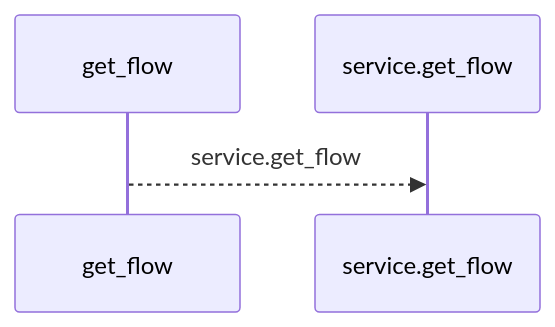
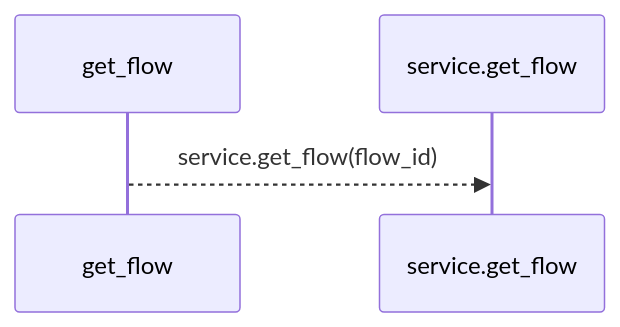
The first of 2 diagrams in docs/llm_wiki/flows/mcp-get_flow.md (Denissvgn/python-wiki-llm), drawn with Mermaid before and after one commit. The commit also changed other lines of this file and 1410 other files, not shown here.

````diff
--- a/docs/llm_wiki/flows/mcp-get_flow.md
+++ b/docs/llm_wiki/flows/mcp-get_flow.md
@@ -10,6 +12,6 @@
 ```mermaid
 sequenceDiagram
     participant p0 as get_flow
     participant p1 as service.get_flow
-    p0-->>p1: service.get_flow
+    p0-->>p1: service.get_flow(flow_id)
 ```
````
